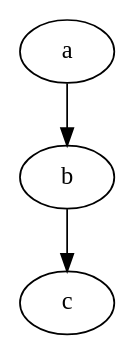
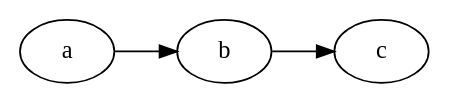
Before and after one commit to observablehq/framework: the first of 4 diagrams in docs/dot.md, drawn with Graphviz. The commit also changed other lines of this file and 2 other files, not shown here.

Commit message:
dot docs

````diff
--- a/docs/dot.md
+++ b/docs/dot.md
@@ -3,5 +18,6 @@
-```dot show
+```dot
 digraph G {
+  rankdir = LR
   a -> b -> c
 }
 ```
````
